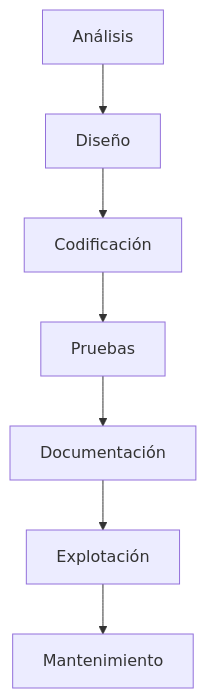
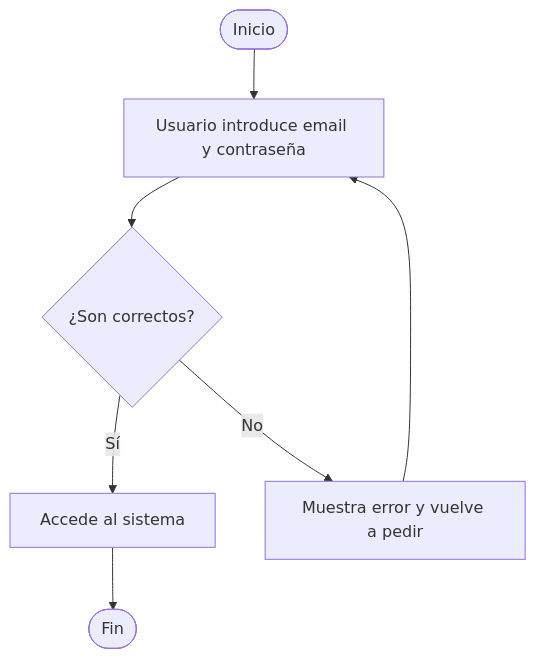
Before and after one commit to aitorventura/entornos-de-desarrollo: the fourth of 6 diagrams in docs/tema1/fases.md, drawn with Mermaid. The commit also changed other lines of this file and 23 other files, not shown here.

````diff
--- a/docs/tema1/fases.md
+++ b/docs/tema1/fases.md
@@ -3,9 +148,9 @@
 ```mermaid
-graph TD;
-    A[Análisis] --> B[Diseño];
-    B --> C[Codificación];
-    C --> D[Pruebas];
-    D --> E[Documentación];
-    E --> F[Explotación];
-    F --> G[Mantenimiento];
+flowchart TD
+  S([Inicio]) --> A[Usuario introduce email y contraseña]
+  A --> B{¿Son correctos?}
+  B -- Sí --> C[Accede al sistema]
+  B -- No --> D[Muestra error y vuelve a pedir]
+  D --> A
+  C --> E([Fin])
 ```
````
